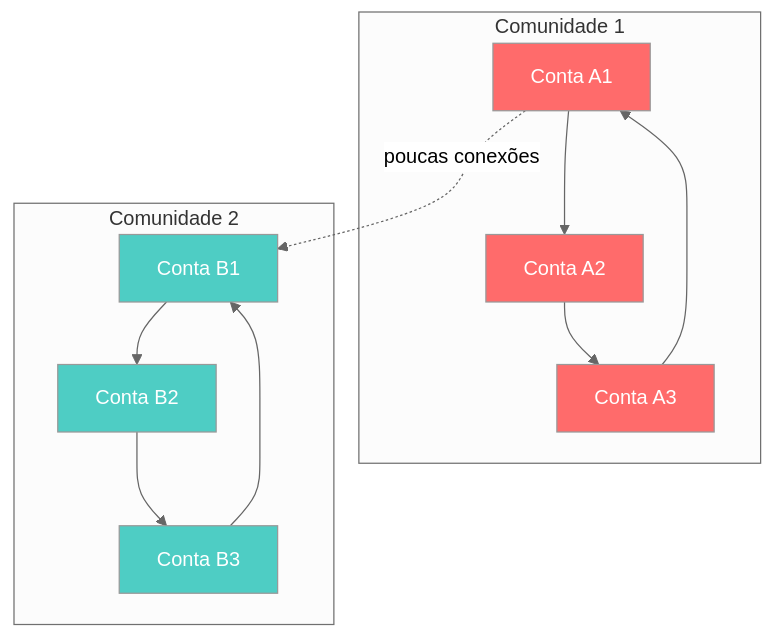
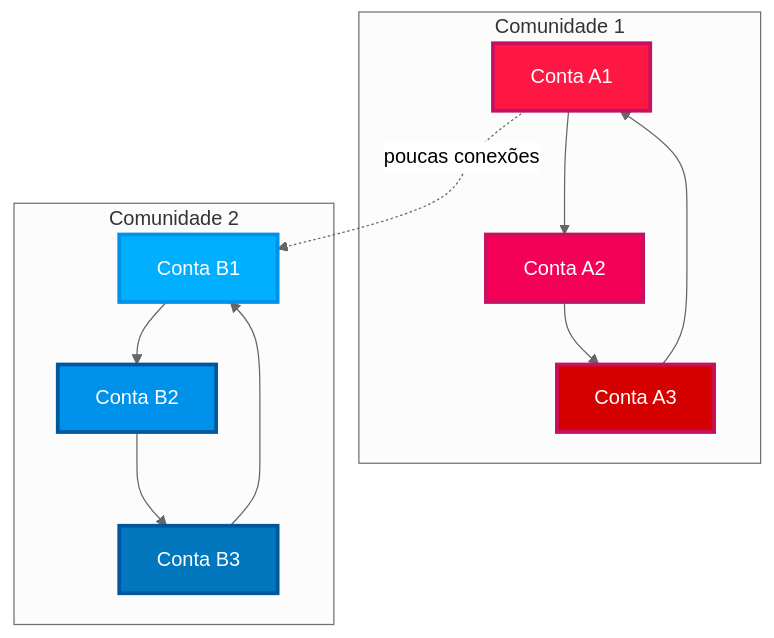
One commit to gregorizeidler/aml-graphs-detection-system changed the eighth of 14 diagrams in README.md. Above: the diagram before and after it, drawn with Mermaid (neutral theme). The commit also changed other lines of this file, not shown here.

````diff
--- a/README.md
+++ b/README.md
@@ -307,23 +312,23 @@
 ```mermaid
 graph TB
     subgraph "Comunidade 1"
         A1[Conta A1] --> A2[Conta A2]
         A2 --> A3[Conta A3]
         A3 --> A1
     end
     
     subgraph "Comunidade 2"
         B1[Conta B1] --> B2[Conta B2]
         B2 --> B3[Conta B3]
         B3 --> B1
     end
     
     A1 -.->|poucas conexões| B1
     
-    style A1 fill:#ff6b6b,color:#fff
-    style A2 fill:#ff6b6b,color:#fff
-    style A3 fill:#ff6b6b,color:#fff
-    style B1 fill:#4ecdc4,color:#fff
-    style B2 fill:#4ecdc4,color:#fff
-    style B3 fill:#4ecdc4,color:#fff
+    style A1 fill:#FF1744,stroke:#C51162,stroke-width:3px,color:#fff
+    style A2 fill:#F50057,stroke:#C51162,stroke-width:3px,color:#fff
+    style A3 fill:#D50000,stroke:#C51162,stroke-width:3px,color:#fff
+    style B1 fill:#00B0FF,stroke:#0091EA,stroke-width:3px,color:#fff
+    style B2 fill:#0091EA,stroke:#01579B,stroke-width:3px,color:#fff
+    style B3 fill:#0277BD,stroke:#01579B,stroke-width:3px,color:#fff
 ```
````
